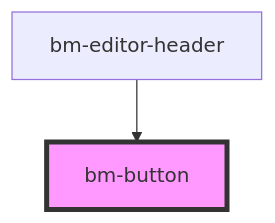
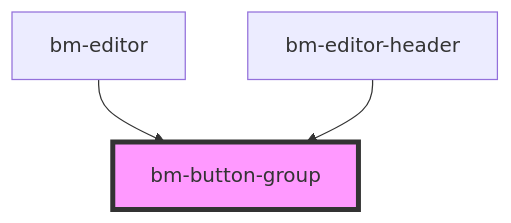
The diagram in packages/studio/src/components/ui/button-group/readme.md (bettermusic/studio), drawn with Mermaid before and after one commit. The commit also changed other lines of this file and 170 other files, not shown here.

````diff
--- a/packages/studio/src/components/ui/button-group/readme.md
+++ b/packages/studio/src/components/ui/button-group/readme.md
@@ -28,5 +31,6 @@
 ```mermaid
 graph TD;
-  bm-editor-header --> bm-button
-  style bm-button fill:#f9f,stroke:#333,stroke-width:4px
+  bm-editor --> bm-button-group
+  bm-editor-header --> bm-button-group
+  style bm-button-group fill:#f9f,stroke:#333,stroke-width:4px
 ```
````
